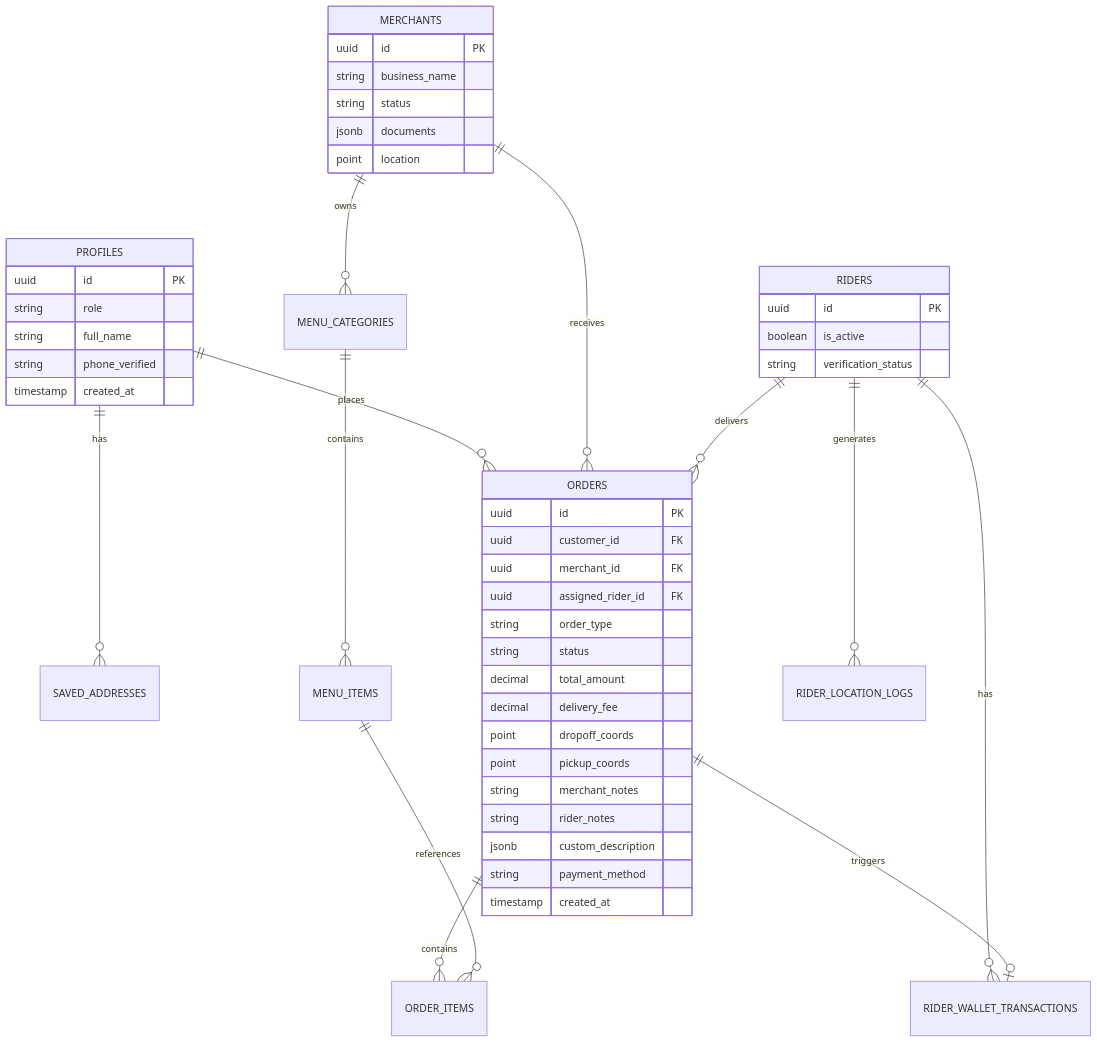
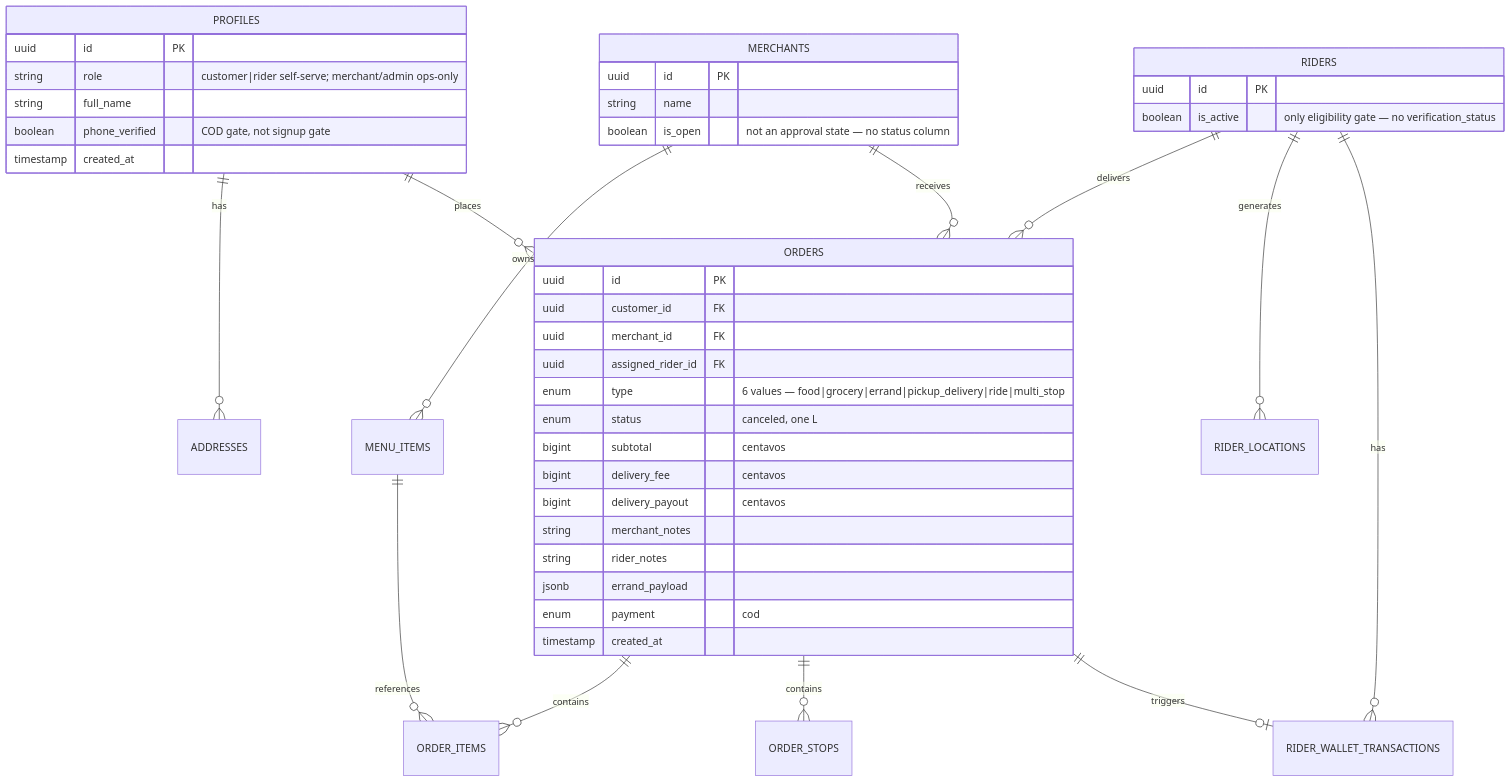
The diagram in docs/breakdown/schema.md (xzen-projects/cartman-ph-docs), drawn with Mermaid before and after one commit. The commit also changed other lines of this file and 3 other files, not shown here.

First line of the commit message:
docs: mirror architecture reconciliation into breakdown docs

````diff
--- a/docs/breakdown/schema.md
+++ b/docs/breakdown/schema.md
@@ -10,54 +12,50 @@
 ```mermaid
 erDiagram
-  PROFILES ||--o{ SAVED_ADDRESSES : has
+  PROFILES ||--o{ ADDRESSES : has
   PROFILES ||--o{ ORDERS : places
-  MERCHANTS ||--o{ MENU_CATEGORIES : owns
-  MENU_CATEGORIES ||--o{ MENU_ITEMS : contains
+  MERCHANTS ||--o{ MENU_ITEMS : owns
   MERCHANTS ||--o{ ORDERS : receives
   ORDERS ||--o{ ORDER_ITEMS : contains
+  ORDERS ||--o{ ORDER_STOPS : contains
   MENU_ITEMS ||--o{ ORDER_ITEMS : references
   RIDERS ||--o{ ORDERS : delivers
-  RIDERS ||--o{ RIDER_LOCATION_LOGS : generates
+  RIDERS ||--o{ RIDER_LOCATIONS : generates
   RIDERS ||--o{ RIDER_WALLET_TRANSACTIONS : has
   ORDERS ||--o| RIDER_WALLET_TRANSACTIONS : triggers
 
   PROFILES {
     uuid id PK
-    string role
+    string role "customer|rider self-serve; merchant/admin ops-only"
     string full_name
-    string phone_verified
+    boolean phone_verified "COD gate, not signup gate"
     timestamp created_at
   }
 
   RIDERS {
     uuid id PK
-    boolean is_active
-    string verification_status
+    boolean is_active "only eligibility gate — no verification_status"
   }
 
   MERCHANTS {
     uuid id PK
-    string business_name
-    string status
-    jsonb documents
-    point location
+    string name
+    boolean is_open "not an approval state — no status column"
   }
 
   ORDERS {
     uuid id PK
     uuid customer_id FK
     uuid merchant_id FK
     uuid assigned_rider_id FK
-    string order_type
-    string status
-    decimal total_amount
-    decimal delivery_fee
-    point dropoff_coords
-    point pickup_coords
+    enum type "6 values — food|grocery|errand|pickup_delivery|ride|multi_stop"
+    enum status "canceled, one L"
+    bigint subtotal "centavos"
+    bigint delivery_fee "centavos"
+    bigint delivery_payout "centavos"
     string merchant_notes
     string rider_notes
-    jsonb custom_description
-    string payment_method
+    jsonb errand_payload
+    enum payment "cod"
     timestamp created_at
   }
 ```
````
